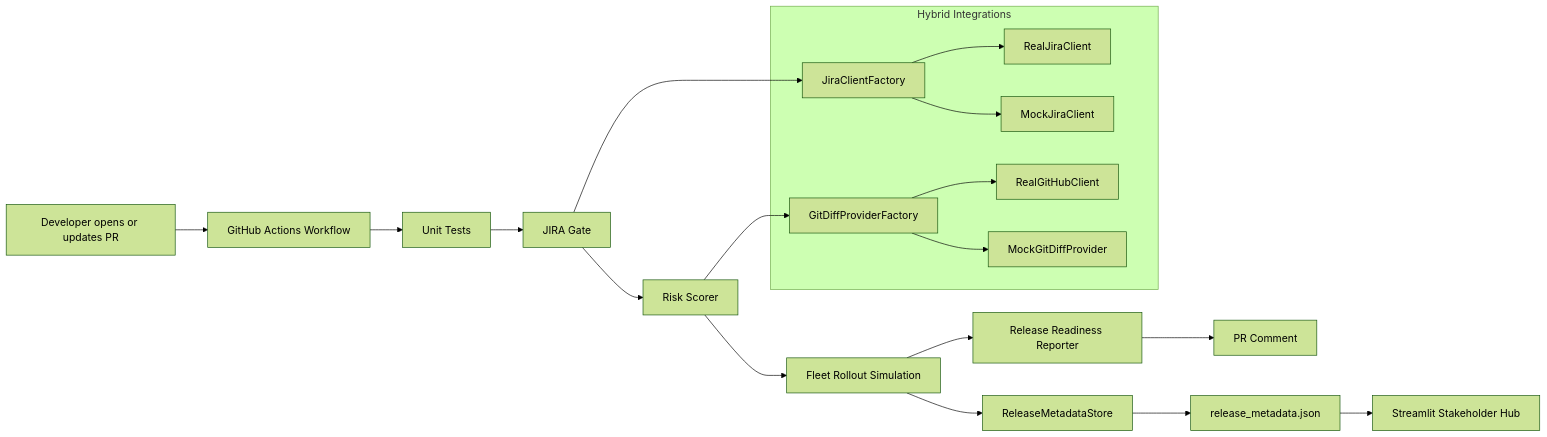
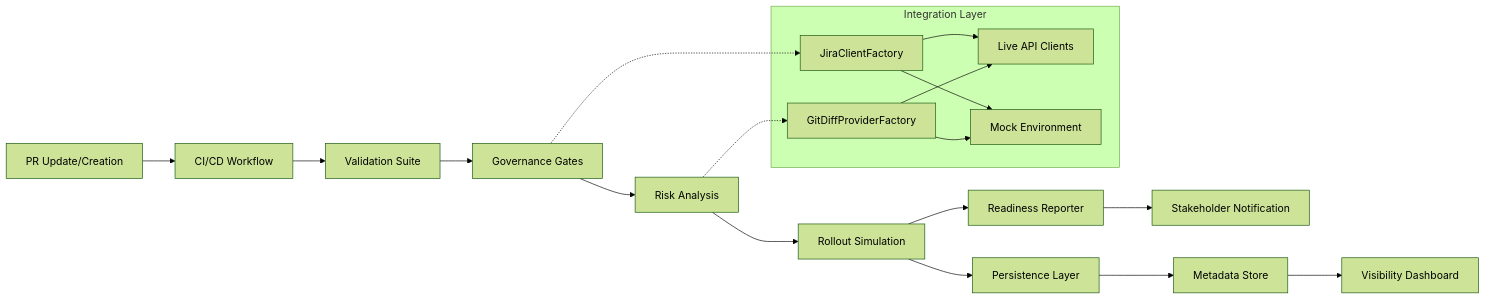
Before and after one commit to aarti-s-dev/energy-release-governance-engine: the diagram in README.md, drawn with Mermaid (forest theme). The commit also changed other lines of this file, not shown here.

````diff
--- a/README.md
+++ b/README.md
@@ -29,29 +29,27 @@
 ```mermaid
 flowchart LR
-    A[Developer opens or updates PR] --> B[GitHub Actions Workflow]
-    B --> C[Unit Tests]
-    C --> D[JIRA Gate]
-    D --> E[Risk Scorer]
-    E --> F[Fleet Rollout Simulation]
-    F --> G[Release Readiness Reporter]
-    G --> H[PR Comment]
-    F --> I[ReleaseMetadataStore]
-    I --> J[release_metadata.json]
-    J --> K[Streamlit Stakeholder Hub]
+    A[PR Update/Creation] --> B[CI/CD Workflow]
+    B --> C[Validation Suite]
+    C --> D[Governance Gates]
+    D --> E[Risk Analysis]
+    E --> F[Rollout Simulation]
+    F --> G[Readiness Reporter]
+    G --> H[Stakeholder Notification]
+    F --> I[Persistence Layer]
+    I --> J[Metadata Store]
+    J --> K[Visibility Dashboard]
 
-    subgraph Hybrid Integrations
+    subgraph Integration Layer
       L[JiraClientFactory]
       M[GitDiffProviderFactory]
-      N[RealJiraClient]
-      O[MockJiraClient]
-      P[RealGitHubClient]
-      Q[MockGitDiffProvider]
+      N[Live API Clients]
+      O[Mock Environment]
     end
 
-    D --> L
-    E --> M
+    D -.-> L
+    E -.-> M
     L --> N
     L --> O
-    M --> P
-    M --> Q
+    M --> N
+    M --> O
 ```
````
